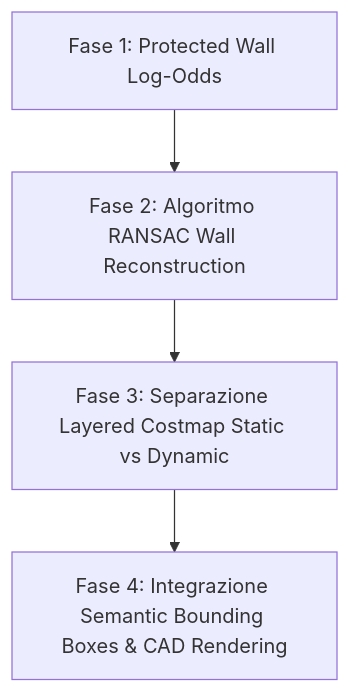
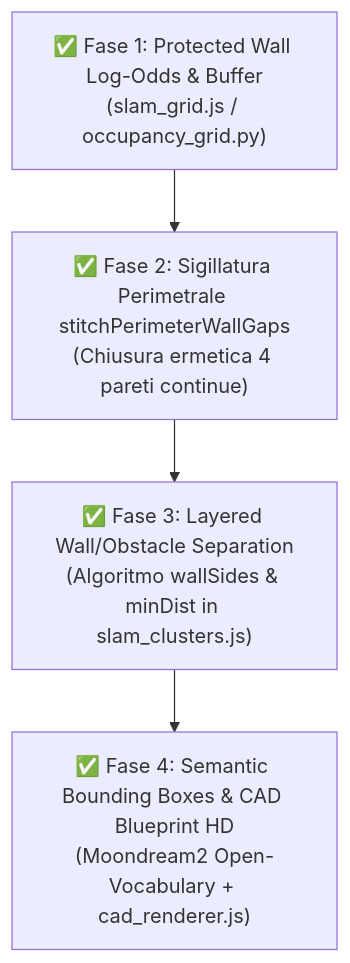
One commit to matteocalderoni/esperimenti changed the diagram in comparazione_e_proposte_mappatura.md. Above: the diagram before and after it, drawn with Mermaid. The commit also changed other lines of this file and 7 other files, not shown here.

````diff
--- a/comparazione_e_proposte_mappatura.md
+++ b/comparazione_e_proposte_mappatura.md
@@ -232,6 +232,6 @@
 ```mermaid
 flowchart TD
-    A[Fase 1: Protected Wall Log-Odds] --> B[Fase 2: Algoritmo RANSAC Wall Reconstruction]
-    B --> C[Fase 3: Separazione Layered Costmap Static vs Dynamic]
-    C --> D[Fase 4: Integrazione Semantic Bounding Boxes & CAD Rendering]
+    A["✅ Fase 1: Protected Wall Log-Odds & Buffer<br>(slam_grid.js / occupancy_grid.py)"] --> B["✅ Fase 2: Sigillatura Perimetrale stitchPerimeterWallGaps<br>(Chiusura ermetica 4 pareti continue)"]
+    B --> C["✅ Fase 3: Layered Wall/Obstacle Separation<br>(Algoritmo wallSides & minDist in slam_clusters.js)"]
+    C --> D["✅ Fase 4: Semantic Bounding Boxes & CAD Blueprint HD<br>(Moondream2 Open-Vocabulary + cad_renderer.js)"]
 ```
````
